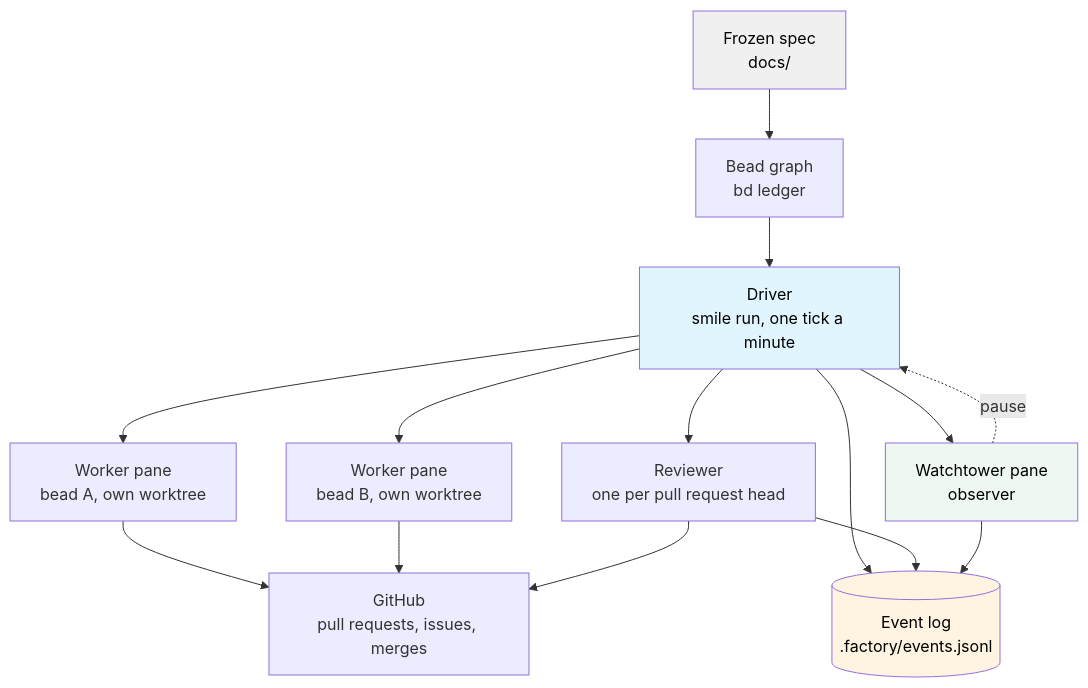
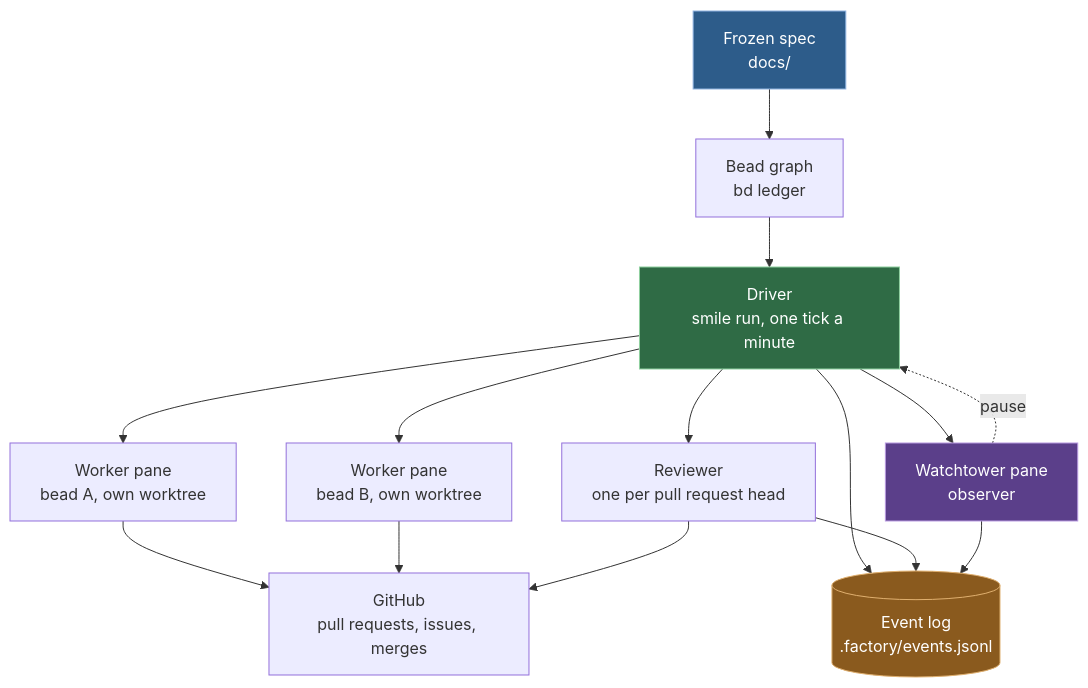
The first of 4 diagrams in README.md (DavidChen-006/smile-software-factory), drawn with Mermaid before and after one commit. The commit also changed other lines of this file, not shown here.

First line of the commit message:
docs: README diagrams use saturated fills with white text so they read on GitHub's dark theme

````diff
--- a/README.md
+++ b/README.md
@@ -22,28 +22,28 @@
 ```mermaid
 graph TB
     Spec[Frozen spec<br/>docs/]
     Beads[Bead graph<br/>bd ledger]
     Driver[Driver<br/>smile run, one tick a minute]
     Log[(Event log<br/>.factory/events.jsonl)]
     GH[GitHub<br/>pull requests, issues, merges]
 
     Spec --> Beads
     Beads --> Driver
     Driver --> W1[Worker pane<br/>bead A, own worktree]
     Driver --> W2[Worker pane<br/>bead B, own worktree]
     Driver --> Rev[Reviewer<br/>one per pull request head]
     Driver --> Watch[Watchtower pane<br/>observer]
 
     W1 --> GH
     W2 --> GH
     Rev --> GH
     Driver --> Log
     Rev --> Log
     Watch --> Log
     Watch -.pause.-> Driver
 
-    style Spec fill:#f0f0f0,color:#000000
-    style Driver fill:#e1f5ff,color:#000000
-    style Log fill:#fff4e1,color:#000000
-    style Watch fill:#eef7f0,color:#000000
+    style Spec fill:#2d5c8a,stroke:#8fb3e0,color:#ffffff
+    style Driver fill:#2f6b45,stroke:#8fd0a0,color:#ffffff
+    style Log fill:#8a5a1e,stroke:#e0b070,color:#ffffff
+    style Watch fill:#5b3f8a,stroke:#b89ae0,color:#ffffff
 ```
````
